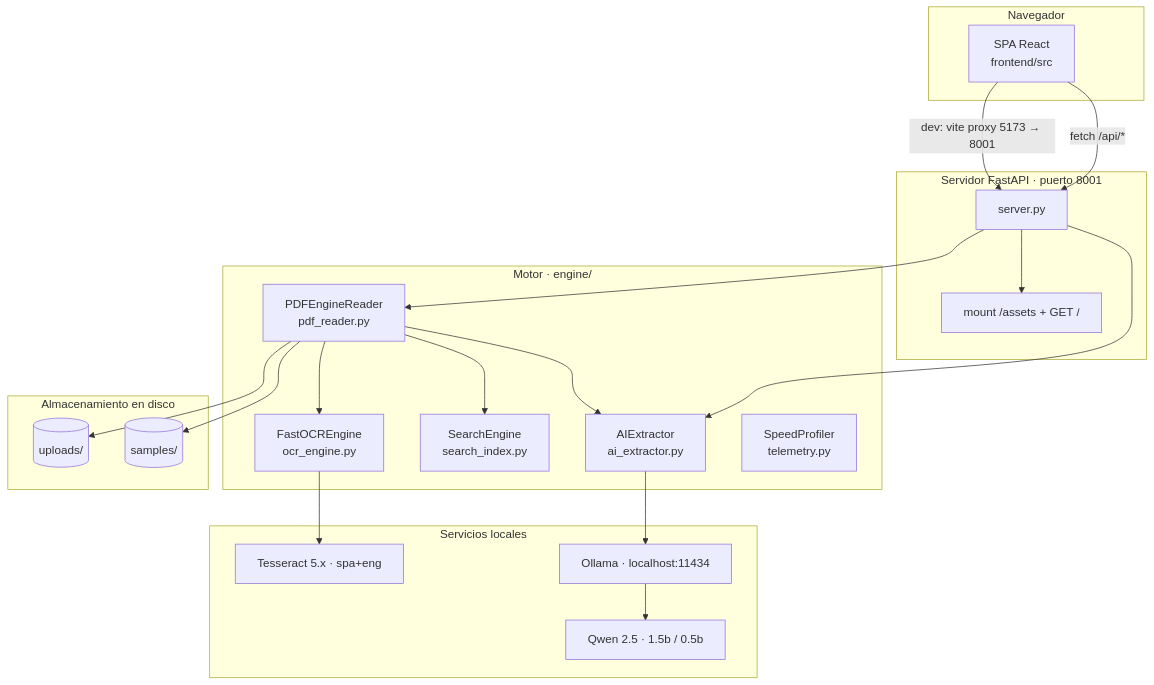
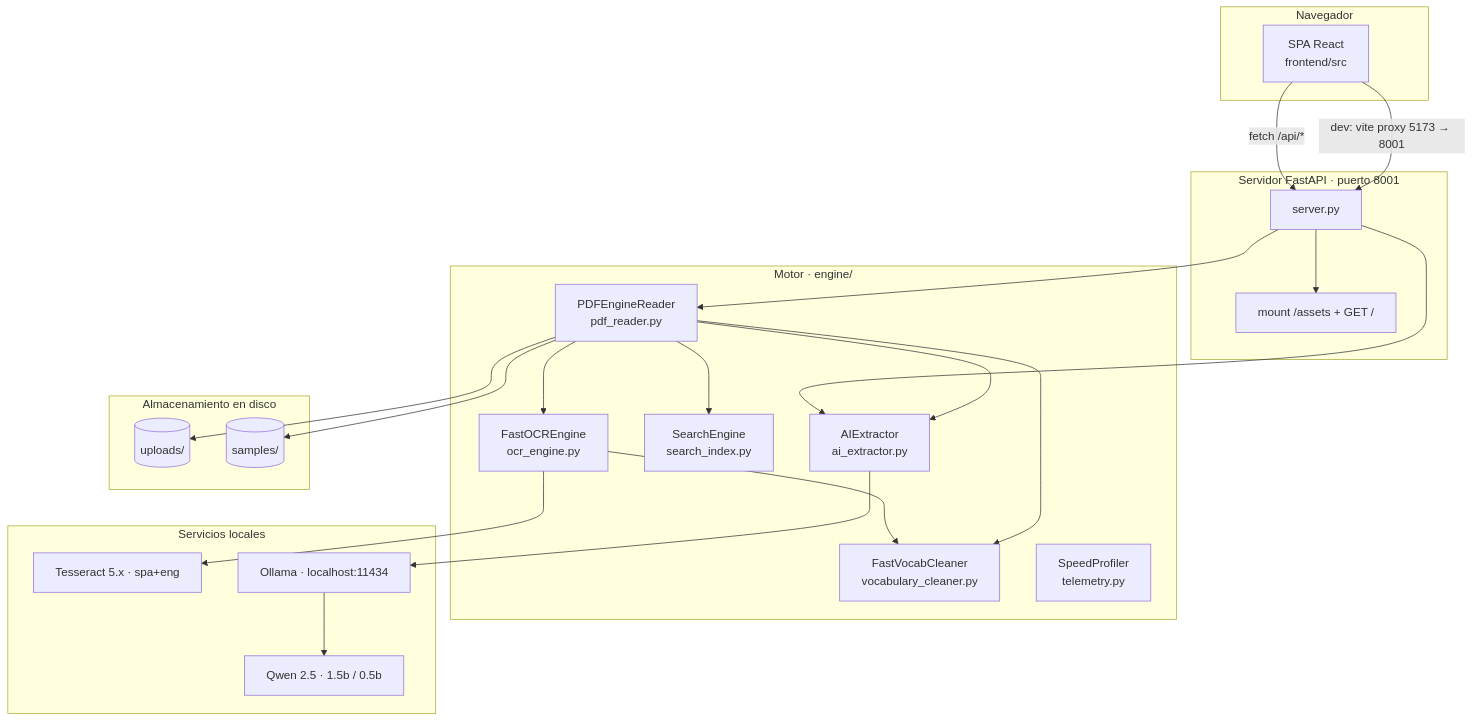
One commit to estebanp26/PDF-Engine changed the first of 3 diagrams in docs/ARQUITECTURA.md. Above: the diagram before and after it, drawn with Mermaid. The commit also changed other lines of this file and 5 other files, not shown here.

Commit message:
docs: update project documentation with watermark detection, vocab cleaner, compound indexing, and 4-tier search

````diff
--- a/docs/ARQUITECTURA.md
+++ b/docs/ARQUITECTURA.md
@@ -17,44 +17,47 @@
 ```mermaid
 flowchart TB
     subgraph Navegador
         UI[SPA React<br/>frontend/src]
     end
 
     subgraph Servidor_Web[Servidor FastAPI · puerto 8001]
         API[server.py]
         STATIC[mount /assets + GET /]
     end
 
     subgraph Motor[Motor · engine/]
         R[PDFEngineReader<br/>pdf_reader.py]
         O[FastOCREngine<br/>ocr_engine.py]
+        V[FastVocabCleaner<br/>vocabulary_cleaner.py]
         S[SearchEngine<br/>search_index.py]
         A[AIExtractor<br/>ai_extractor.py]
         T[SpeedProfiler<br/>telemetry.py]
     end
 
     subgraph Externos[Servicios locales]
         TESS[Tesseract 5.x · spa+eng]
         OLL[Ollama · localhost:11434]
         QWEN[Qwen 2.5 · 1.5b / 0.5b]
     end
 
     subgraph Almacenamiento[Almacenamiento en disco]
         UP[(uploads/)]
         SAMPLES[(samples/)]
     end
 
     UI -->|fetch /api/*| API
     API --> STATIC
     UI -->|dev: vite proxy 5173 → 8001| API
     API --> R
     R --> O
     O --> TESS
+    O --> V
+    R --> V
     R --> S
     API --> A
     A --> OLL
     OLL --> QWEN
     R --> UP
     R --> SAMPLES
     R --> A
 ```
````
